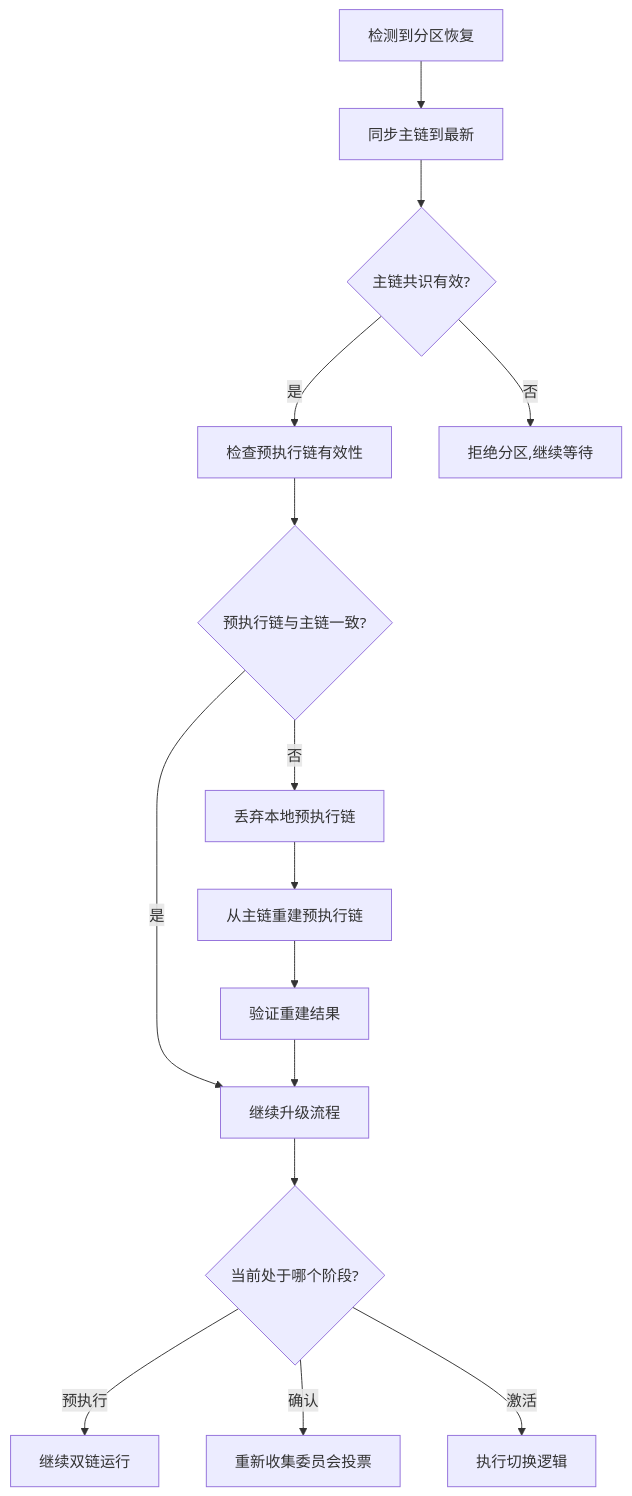
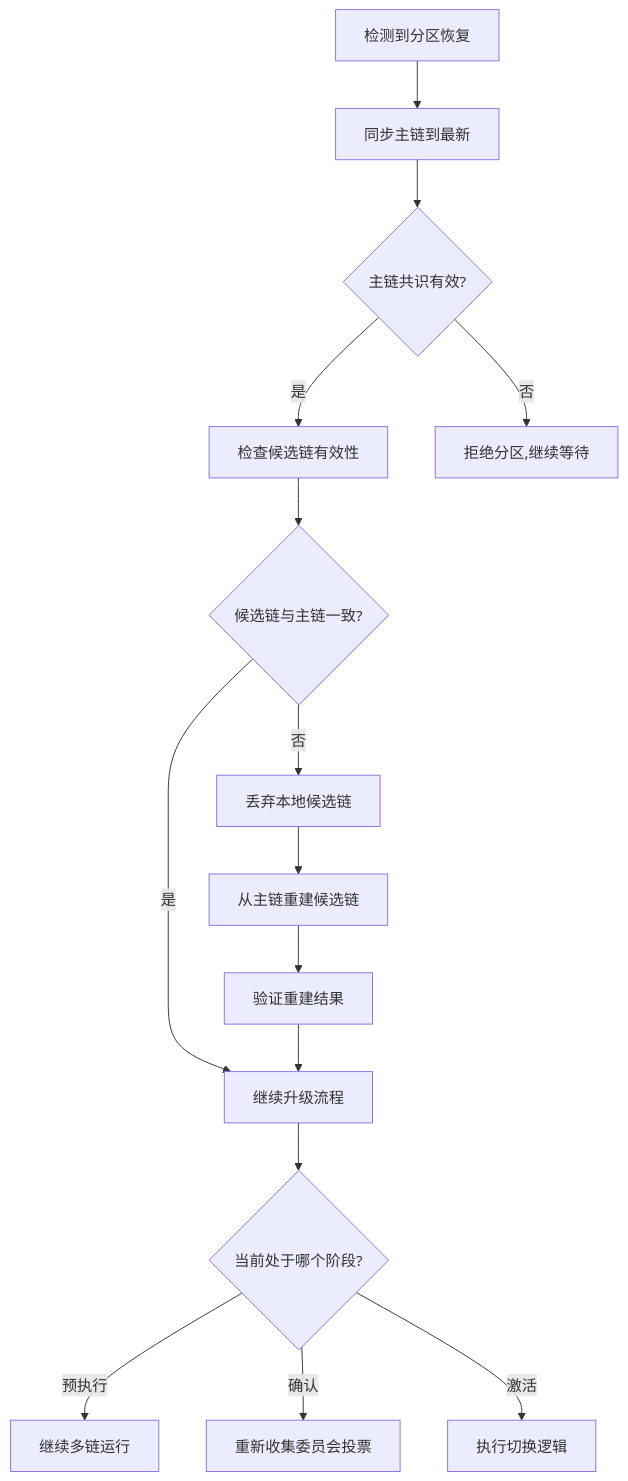
Before and after one commit to alanbuaa/pot: the first of 3 diagrams in docs/upgrade_plan/upgrade-protocol-academic.md, drawn with Mermaid. The commit also changed other lines of this file and 34 other files, not shown here.

````diff
--- a/docs/upgrade_plan/upgrade-protocol-academic.md
+++ b/docs/upgrade_plan/upgrade-protocol-academic.md
@@ -220,20 +222,20 @@
 ```mermaid
 graph TB
     A[检测到分区恢复] --> B[同步主链到最新]
     B --> C{主链共识有效?}
-    C -->|是| D[检查预执行链有效性]
+    C -->|是| D[检查候选链有效性]
     C -->|否| E[拒绝分区,继续等待]
     
-    D --> F{预执行链与主链一致?}
+    D --> F{候选链与主链一致?}
     F -->|是| G[继续升级流程]
-    F -->|否| H[丢弃本地预执行链]
+    F -->|否| H[丢弃本地候选链]
     
-    H --> I[从主链重建预执行链]
+    H --> I[从主链重建候选链]
     I --> J[验证重建结果]
     J --> G
     
     G --> K{当前处于哪个阶段?}
-    K -->|预执行| L[继续双链运行]
+    K -->|预执行| L[继续多链运行]
     K -->|确认| M[重新收集委员会投票]
     K -->|激活| N[执行切换逻辑]
 ```
````
